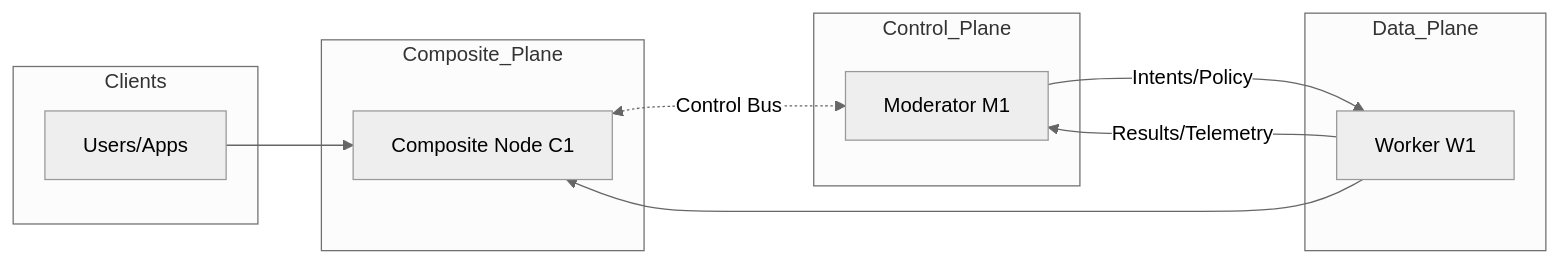
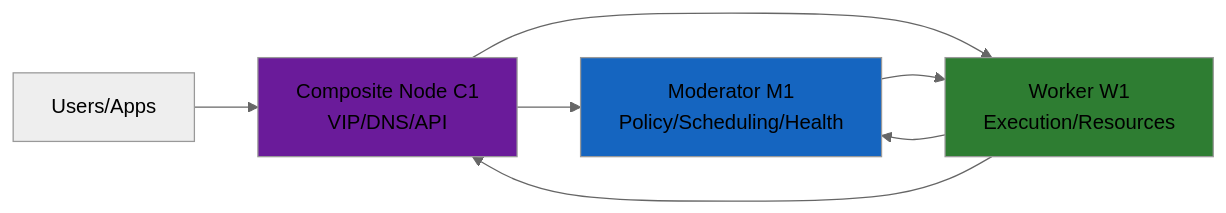
Before and after one commit to DonkRonk17/HCNA: the diagram in docs/diagrams/mermaid/component.md, drawn with Mermaid (neutral theme). The commit also changed other lines of this file, not shown here.

Commit message:
Fix mermaid component diagram with simpler syntax and colors
- Changed to graph LR (more compatible than flowchart)
- Removed subgraphs (can cause rendering issues)
- Added color styling matching node types (M1=blue, W1=green, C1=purple)
- Added proper markdown heading and description

````diff
--- a/docs/diagrams/mermaid/component.md
+++ b/docs/diagrams/mermaid/component.md
@@ -2,24 +5,16 @@
 ```mermaid
-flowchart LR
-  subgraph Clients
-    U[Users/Apps]
-  end
+graph LR
+    U[Users/Apps] --> C1
 
-  subgraph Composite_Plane
-    C1[Composite Node C1]
-  end
+    C1[Composite Node C1<br/>VIP/DNS/API] --> M1
+    C1 --> W1
 
-  subgraph Control_Plane
-    M1[Moderator M1]
-  end
+    M1[Moderator M1<br/>Policy/Scheduling/Health] --> W1
 
-  subgraph Data_Plane
-    W1[Worker W1]
-  end
+    W1[Worker W1<br/>Execution/Resources] --> M1
+    W1 --> C1
 
-  U --> C1
-  C1 <-. Control Bus .-> M1
-  M1 -- Intents/Policy --> W1
-  W1 -- Results/Telemetry --> M1
-  W1 --> C1
+    style C1 fill:#6A1B9A
+    style M1 fill:#1565C0
+    style W1 fill:#2E7D32
 ```
````
